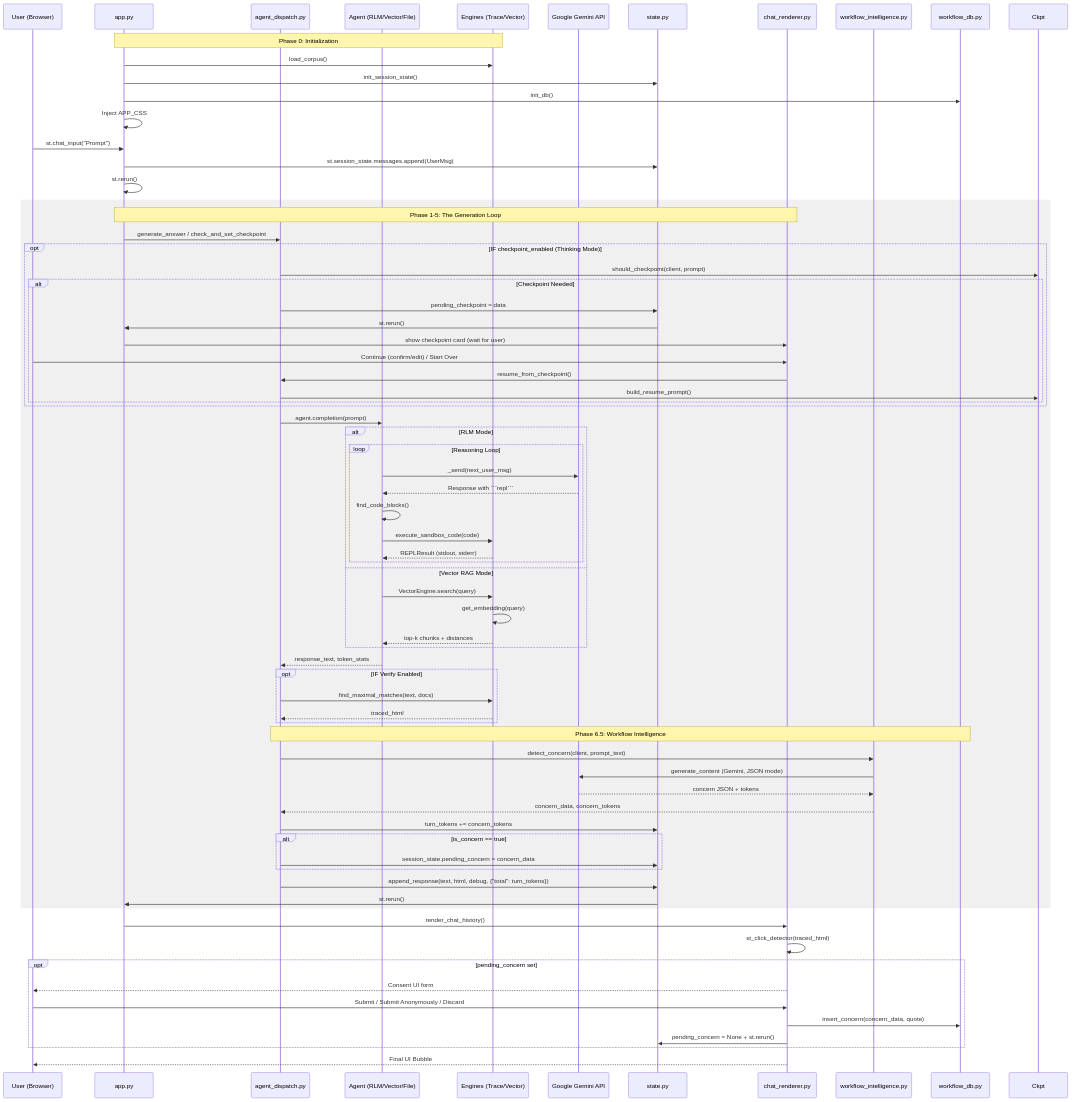
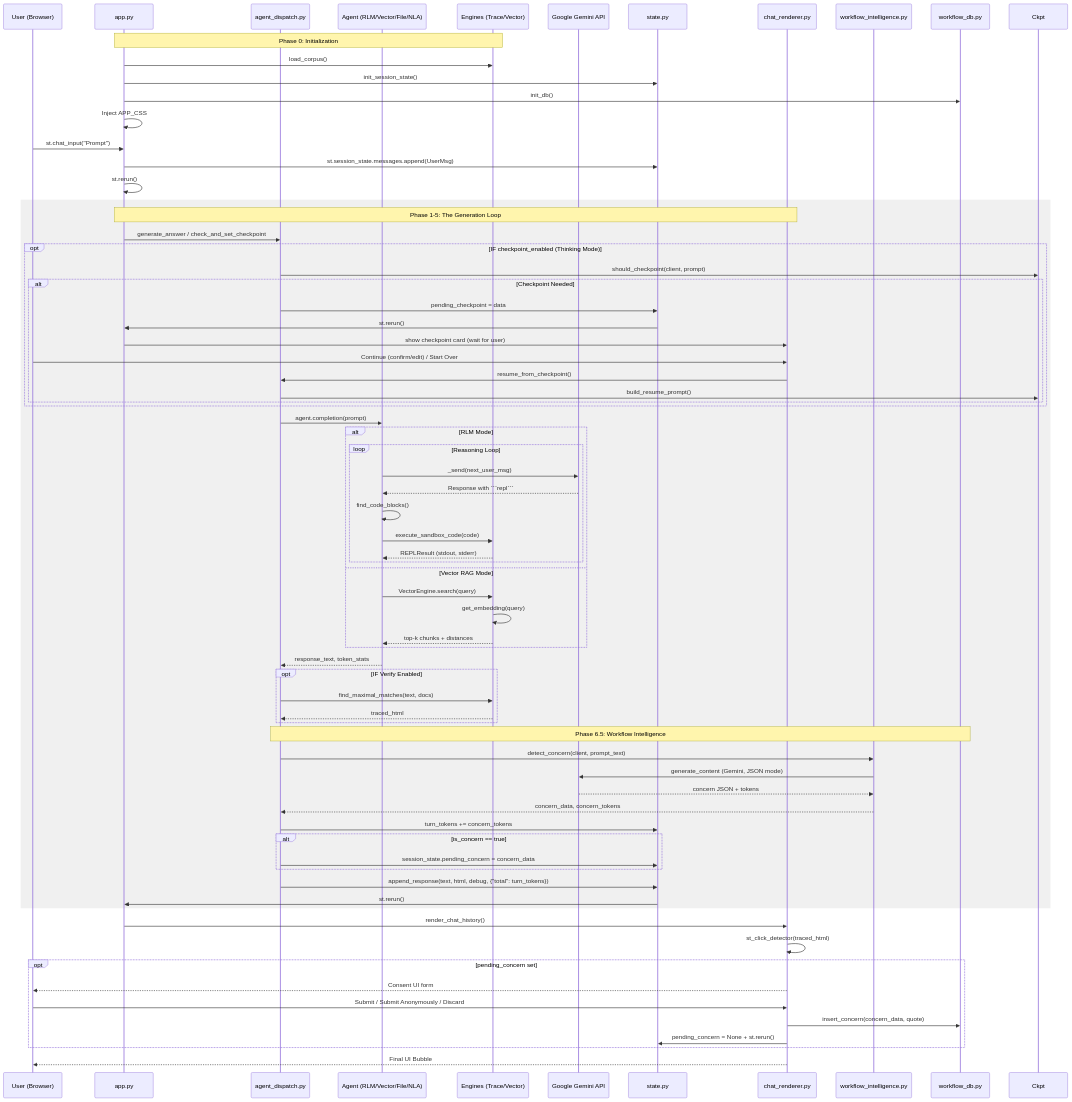
Before and after one commit to knguyen2000/portfolio: the diagram in docs/CODE_FLOW.md, drawn with Mermaid. The commit also changed 3 other files, not shown here.

First line of the commit message:
docs: update documentation to reflect NLA as fourth agent mode

```diff
--- a/docs/CODE_FLOW.md
+++ b/docs/CODE_FLOW.md
@@ -11,7 +11,7 @@
     participant U as User (Browser)
     participant A as app.py
     participant D as agent_dispatch.py
-    participant AG as Agent (RLM/Vector/File)
+    participant AG as Agent (RLM/Vector/File/NLA)
     participant E as Engines (Trace/Vector)
     participant G as Google Gemini API
     participant S as state.py
```
